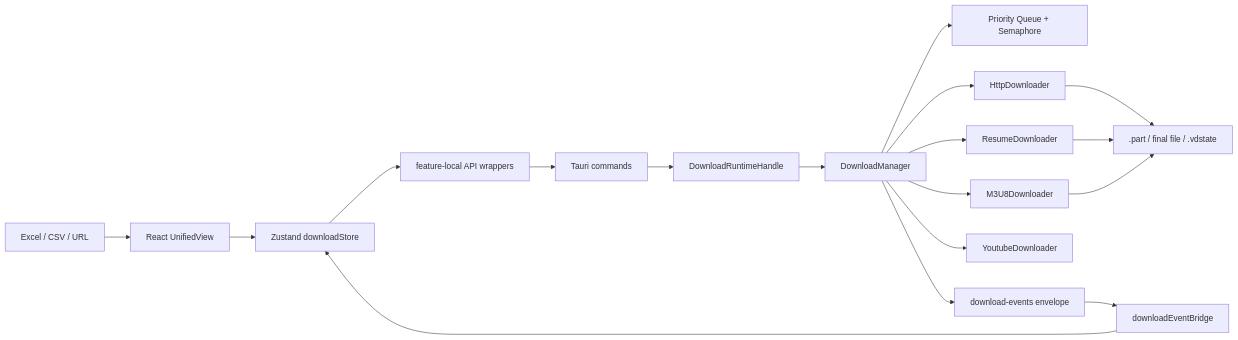
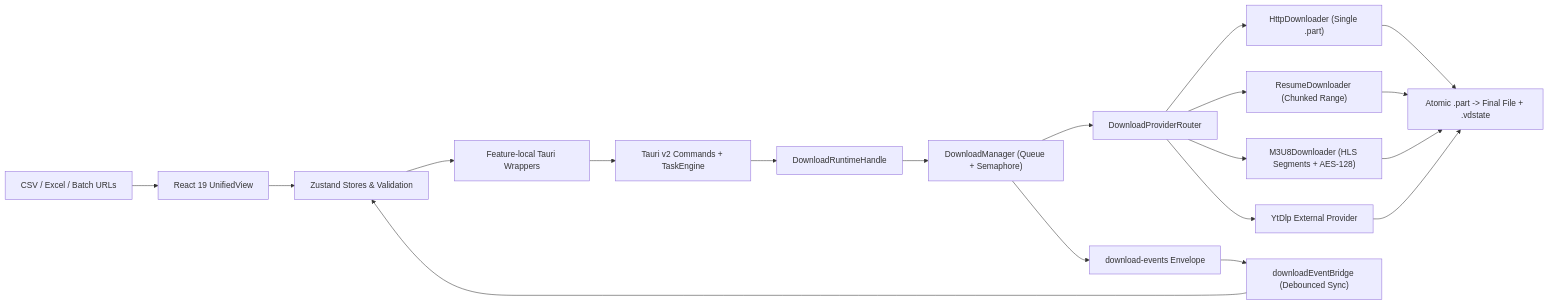
The diagram in README.md (seaworld008/tauri-video-batch-downloader), drawn with Mermaid before and after one commit. The commit also changed other lines of this file and 67 other files, not shown here.

Commit message:
feat: harden core download engine, wire UI preferences, and add OSS foundation (v1.1.0)

````diff
--- a/README.md
+++ b/README.md
@@ -60,20 +75,21 @@
 ```mermaid
 flowchart LR
-  Excel["Excel / CSV / URL"] --> UI["React UnifiedView"]
-  UI --> Store["Zustand downloadStore"]
-  Store --> API["feature-local API wrappers"]
-  API --> Cmd["Tauri commands"]
-  Cmd --> Runtime["DownloadRuntimeHandle"]
-  Runtime --> Manager["DownloadManager"]
-  Manager --> Queue["Priority Queue + Semaphore"]
-  Manager --> HTTP["HttpDownloader"]
-  Manager --> Resume["ResumeDownloader"]
-  Manager --> M3U8["M3U8Downloader"]
-  Manager --> YT["YoutubeDownloader"]
-  HTTP --> Files[".part / final file / .vdstate"]
-  Resume --> Files
-  M3U8 --> Files
-  Manager --> EventBus["download-events envelope"]
-  EventBus --> Bridge["downloadEventBridge"]
+  Input["CSV / Excel / Batch URLs"] --> UI["React 19 UnifiedView"]
+  UI --> Store["Zustand Stores & Validation"]
+  Store --> API["Feature-local Tauri Wrappers"]
+  API --> Commands["Tauri v2 Commands + TaskEngine"]
+  Commands --> Runtime["DownloadRuntimeHandle"]
+  Runtime --> Manager["DownloadManager (Queue + Semaphore)"]
+  Manager --> Router["DownloadProviderRouter"]
+  Router --> HTTP["HttpDownloader (Single .part)"]
+  Router --> Resume["ResumeDownloader (Chunked Range)"]
+  Router --> HLS["M3U8Downloader (HLS Segments + AES-128)"]
+  Router --> YtDlp["YtDlp External Provider"]
+  HTTP --> Storage["Atomic .part -> Final File + .vdstate"]
+  Resume --> Storage
+  HLS --> Storage
+  YtDlp --> Storage
+  Manager --> EventBus["download-events Envelope"]
+  EventBus --> Bridge["downloadEventBridge (Debounced Sync)"]
   Bridge --> Store
 ```
````
